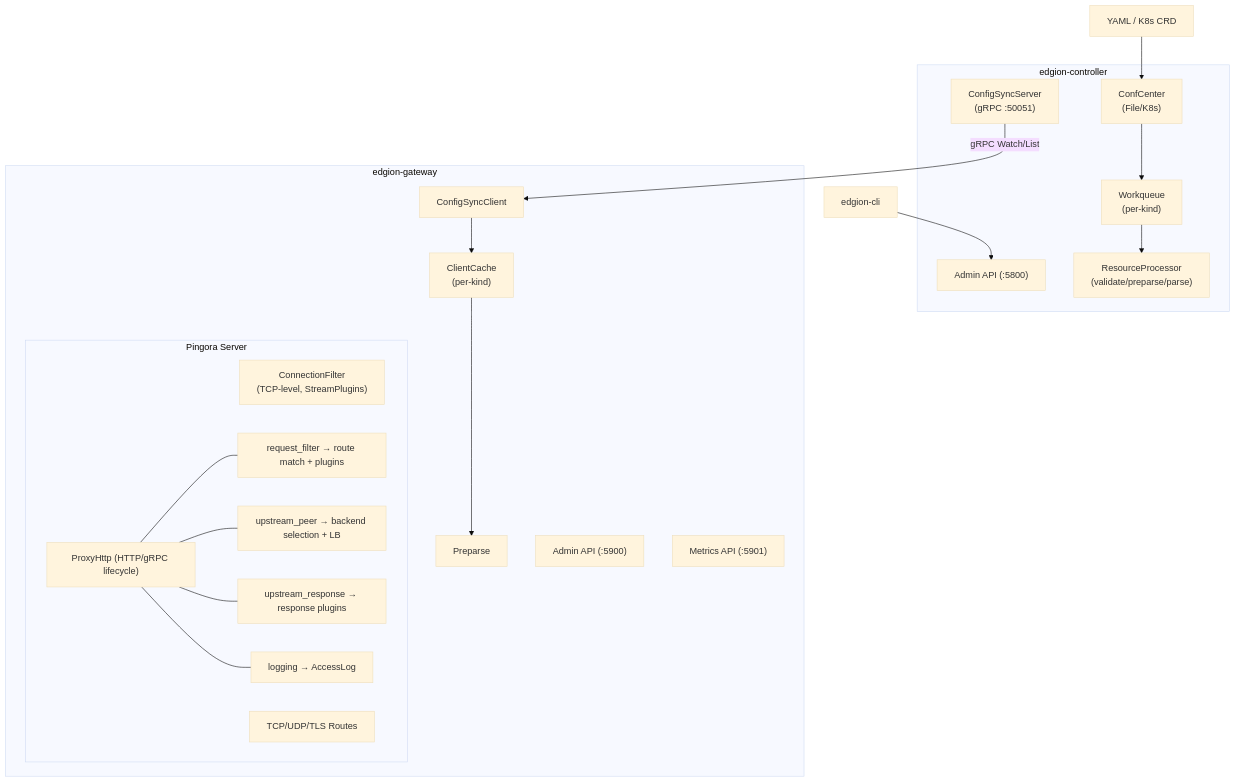
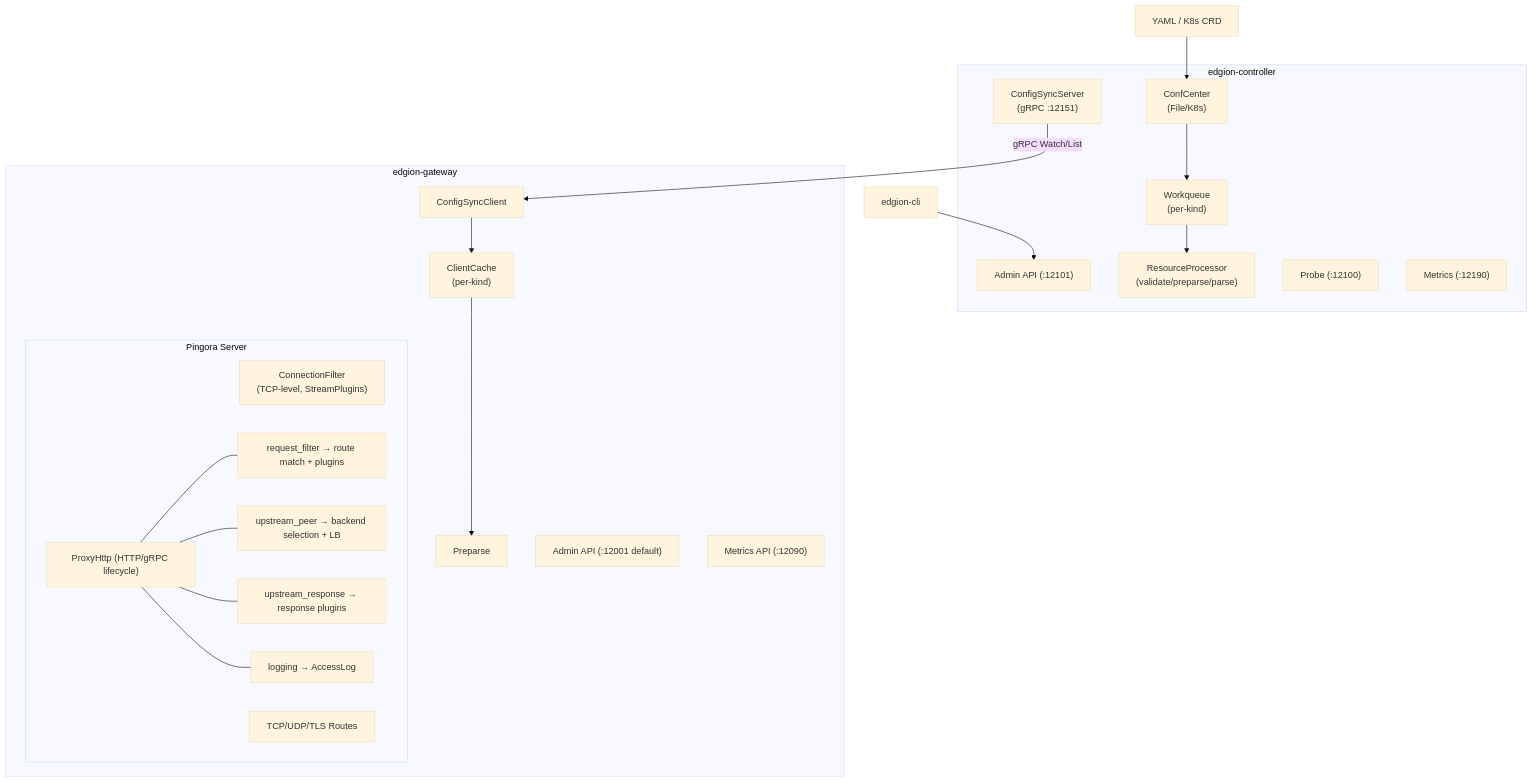
One commit to Pandaala/Edgion changed the diagram in skills/01-architecture/00-common/00-project-overview.md. Above: the diagram before and after it, drawn with Mermaid (base theme). The commit also changed other lines of this file and 4788 other files, not shown here.

````diff
--- a/skills/01-architecture/00-common/00-project-overview.md
+++ b/skills/01-architecture/00-common/00-project-overview.md
@@ -10,32 +10,34 @@
 ```mermaid
 flowchart TD
     YAML["YAML / K8s CRD"] --> CC
     CLI["edgion-cli"] --> AdminCtrl
 
     subgraph Controller["edgion-controller"]
         CC["ConfCenter\n(File/K8s)"] --> WQ["Workqueue\n(per-kind)"] --> RP["ResourceProcessor\n(validate/preparse/parse)"]
-        AdminCtrl["Admin API (:5800)"]
-        SyncServer["ConfigSyncServer\n(gRPC :50051)"]
+        AdminCtrl["Admin API (:12101)"]
+        ProbeCtrl["Probe (:12100)"]
+        MetricsCtrl["Metrics (:12190)"]
+        SyncServer["ConfigSyncServer\n(gRPC :12151)"]
     end
 
     SyncServer -- "gRPC Watch/List" --> SyncClient
 
     subgraph Gateway["edgion-gateway"]
         SyncClient["ConfigSyncClient"] --> ClientCache["ClientCache\n(per-kind)"] --> Preparse["Preparse"]
         subgraph Pingora["Pingora Server"]
             ConnFilter["ConnectionFilter\n(TCP-level, StreamPlugins)"]
             ProxyHttp["ProxyHttp (HTTP/gRPC lifecycle)"]
             ReqFilter["request_filter → route match + plugins"]
             UpstreamPeer["upstream_peer → backend selection + LB"]
             UpstreamResp["upstream_response → response plugins"]
             Logging["logging → AccessLog"]
             ProxyHttp --- ReqFilter
             ProxyHttp --- UpstreamPeer
             ProxyHttp --- UpstreamResp
             ProxyHttp --- Logging
             StreamRoutes["TCP/UDP/TLS Routes"]
         end
-        AdminGw["Admin API (:5900)"]
-        MetricsGw["Metrics API (:5901)"]
+        AdminGw["Admin API (:12001 default)"]
+        MetricsGw["Metrics API (:12090)"]
     end
 ```
````
